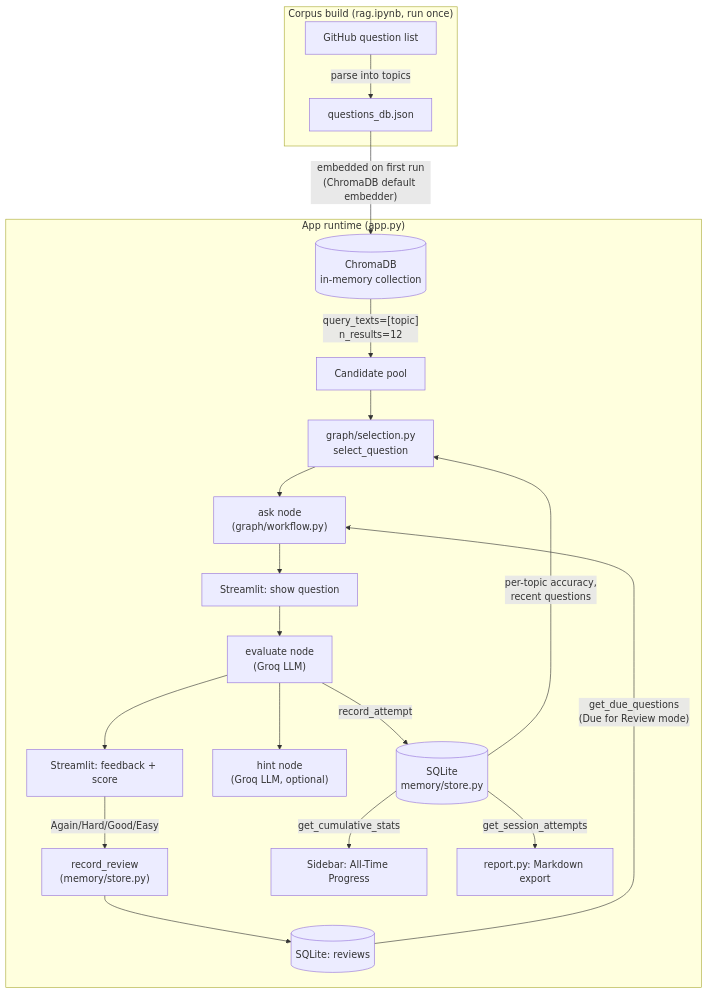
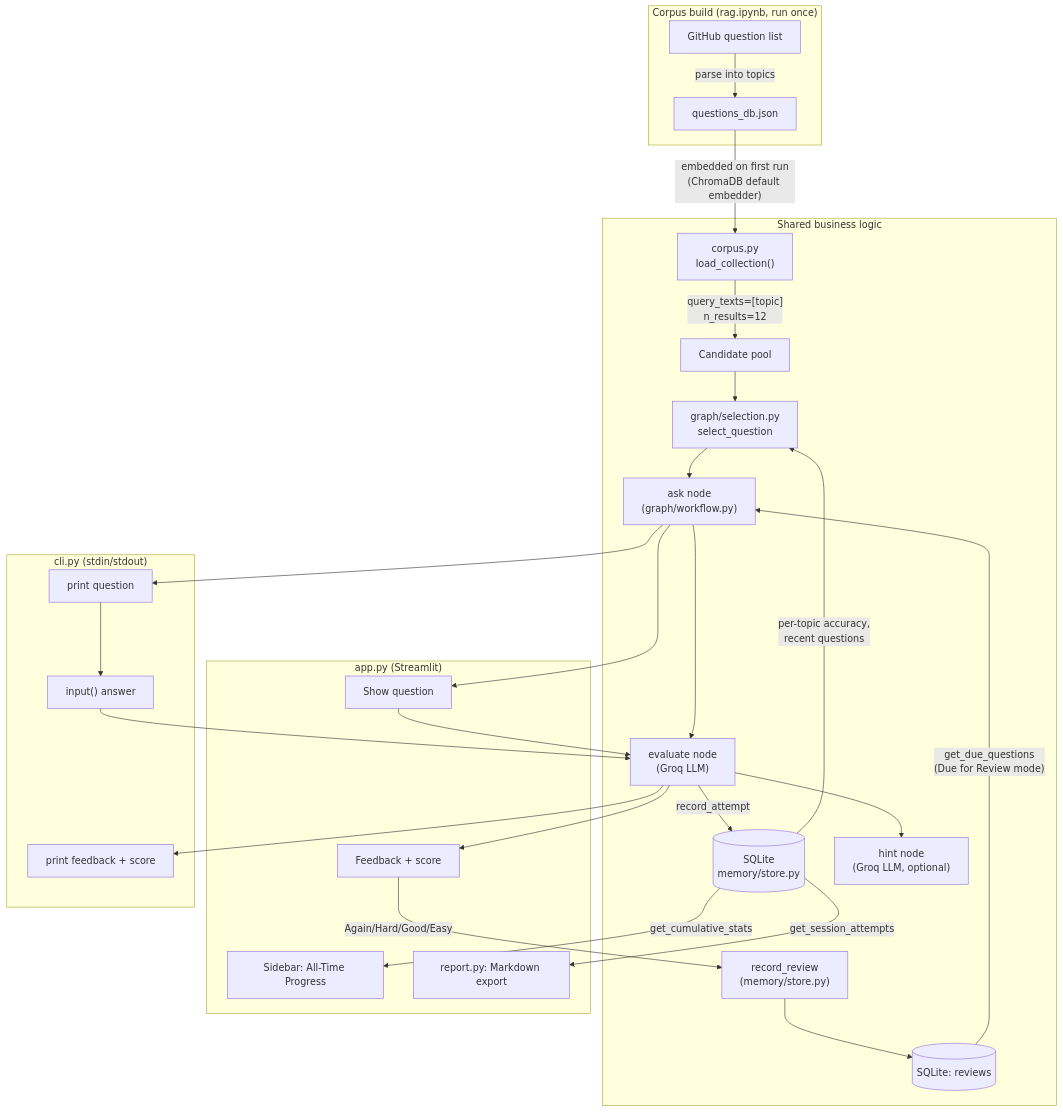
The diagram in DESIGN.md (monikagadage/java-interview-coach), drawn with Mermaid before and after one commit. The commit also changed other lines of this file and 5 other files, not shown here.

First line of the commit message:
Add CLI practice mode (cli.py), decoupled from Streamlit

````diff
--- a/DESIGN.md
+++ b/DESIGN.md
@@ -10,24 +11,35 @@
 ```mermaid
 flowchart TD
     subgraph corpus["Corpus build (rag.ipynb, run once)"]
         GH[GitHub question list] -->|parse into topics| JSON[questions_db.json]
     end
 
-    subgraph app["App runtime (app.py)"]
-        JSON -->|"embedded on first run\n(ChromaDB default embedder)"| Chroma[(ChromaDB\nin-memory collection)]
+    subgraph shared["Shared business logic"]
+        JSON -->|"embedded on first run\n(ChromaDB default embedder)"| Chroma["corpus.py\nload_collection()"]
         Chroma -->|"query_texts=[topic]\nn_results=12"| Candidates[Candidate pool]
         Candidates --> Selection[graph/selection.py\nselect_question]
         Stats[(SQLite\nmemory/store.py)] -->|per-topic accuracy,\nrecent questions| Selection
         Selection --> Ask["ask node\n(graph/workflow.py)"]
-        Ask --> UI[Streamlit: show question]
-        UI --> Evaluate["evaluate node\n(Groq LLM)"]
+        Ask --> Evaluate["evaluate node\n(Groq LLM)"]
         Evaluate -->|record_attempt| Stats
         Evaluate --> Hint["hint node\n(Groq LLM, optional)"]
-        Evaluate --> UI2[Streamlit: feedback + score]
-        UI2 -->|"Again/Hard/Good/Easy"| Rate["record_review\n(memory/store.py)"]
-        Rate --> Reviews[(SQLite: reviews)]
+        Rate["record_review\n(memory/store.py)"] --> Reviews[(SQLite: reviews)]
         Reviews -->|"get_due_questions\n(Due for Review mode)"| Ask
+    end
+
+    subgraph streamlit["app.py (Streamlit)"]
+        Ask --> UI[Show question]
+        UI --> Evaluate
+        Evaluate --> UI2[Feedback + score]
+        UI2 -->|"Again/Hard/Good/Easy"| Rate
         Stats -->|get_cumulative_stats| Sidebar["Sidebar: All-Time Progress"]
         Stats -->|get_session_attempts| Report["report.py: Markdown export"]
     end
+
+    subgraph cli["cli.py (stdin/stdout)"]
+        Ask --> Print[print question]
+        Print --> Input["input() answer"]
+        Input --> Evaluate
+        Evaluate --> Score[print feedback + score]
+    end
 ```
````
